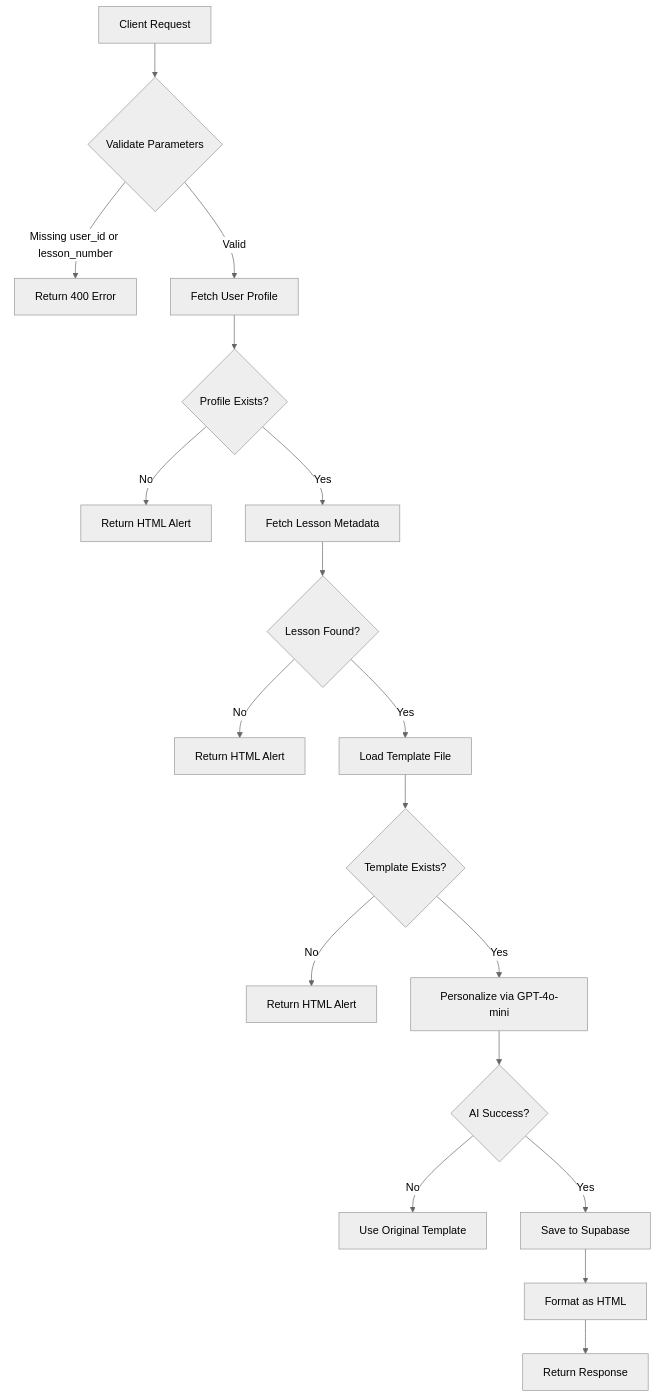
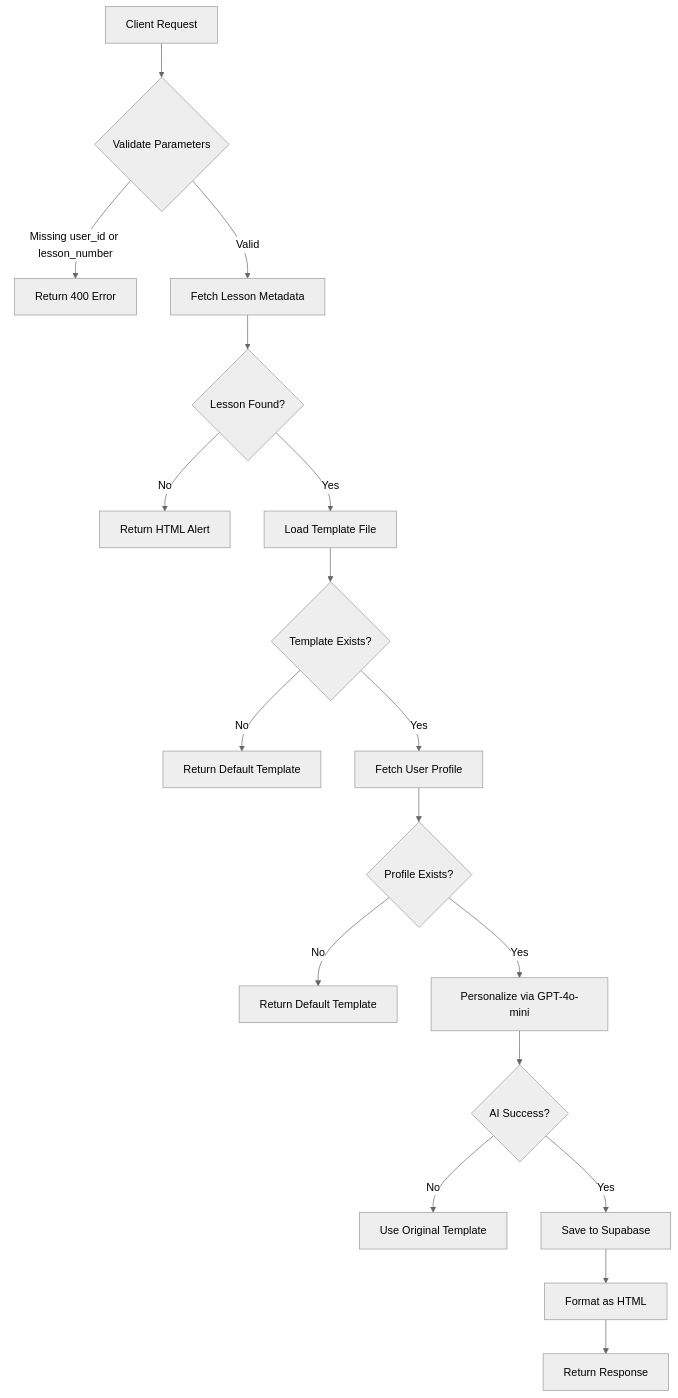
The first of 2 diagrams in .qoder/repowiki/en/content/API Reference/POST _api_persona_personalize-template.md (lommaks777/pesonalisev2), drawn with Mermaid (neutral theme) before and after one commit. The commit also changed other lines of this file and 16 other files, not shown here.

First line of the commit message:
feat(api): add CORS support and default template fallback for persona endpoints

````diff
--- a/.qoder/repowiki/en/content/API Reference/POST _api_persona_personalize-template.md
+++ b/.qoder/repowiki/en/content/API Reference/POST _api_persona_personalize-template.md
@@ -82,20 +95,20 @@
 ```mermaid
 flowchart TD
 A[Client Request] --> B{Validate Parameters}
 B --> |Missing user_id or lesson_number| C[Return 400 Error]
-B --> |Valid| D[Fetch User Profile]
-D --> E{Profile Exists?}
+B --> |Valid| D[Fetch Lesson Metadata]
+D --> E{Lesson Found?}
 E --> |No| F[Return HTML Alert]
-E --> |Yes| G[Fetch Lesson Metadata]
-G --> H{Lesson Found?}
-H --> |No| I[Return HTML Alert]
-H --> |Yes| J[Load Template File]
-J --> K{Template Exists?}
-K --> |No| L[Return HTML Alert]
+E --> |Yes| G[Load Template File]
+G --> H{Template Exists?}
+H --> |No| I[Return Default Template]
+H --> |Yes| J[Fetch User Profile]
+J --> K{Profile Exists?}
+K --> |No| L[Return Default Template]
 K --> |Yes| M[Personalize via GPT-4o-mini]
 M --> N{AI Success?}
 N --> |No| O[Use Original Template]
 N --> |Yes| P[Save to Supabase]
 P --> Q[Format as HTML]
 Q --> R[Return Response]
 ```
````
